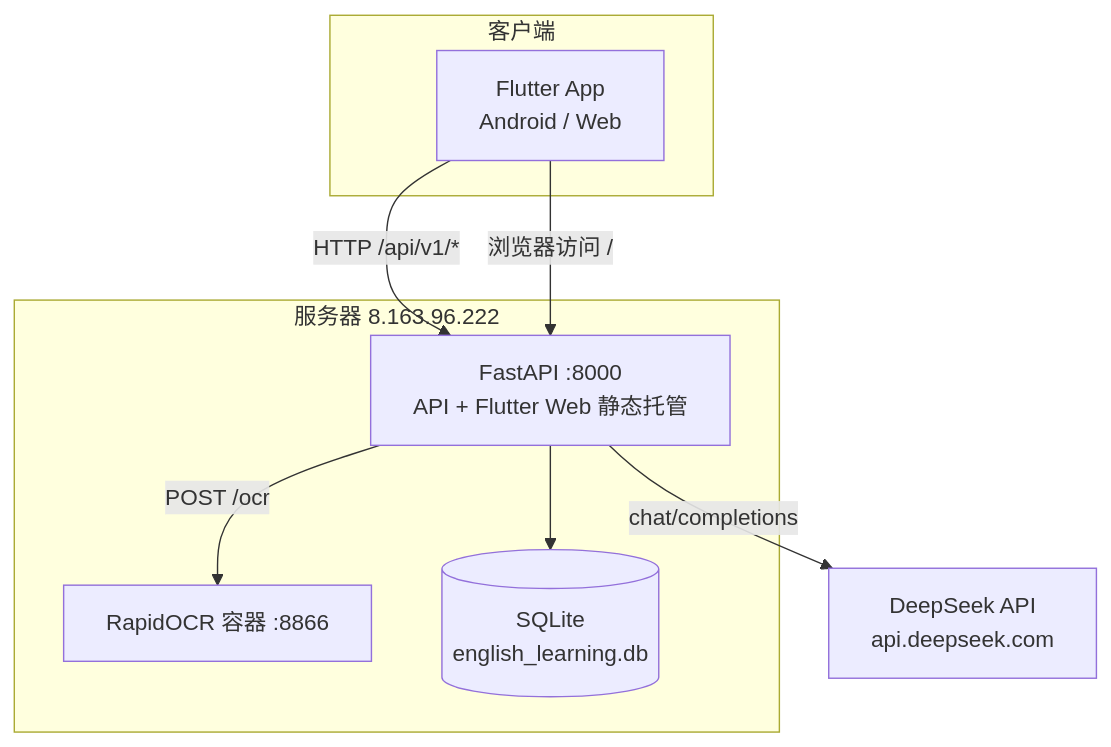
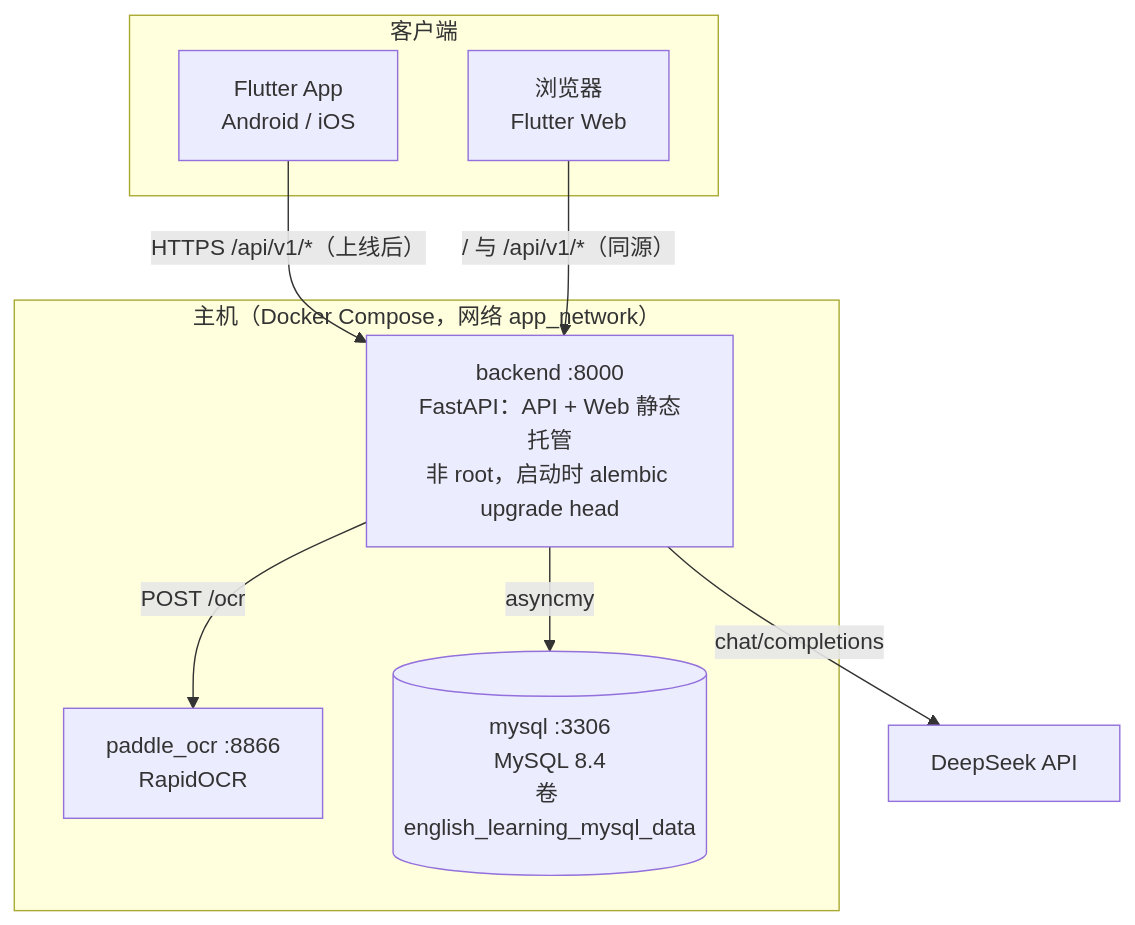
The first of 5 diagrams in docs/系统架构说明.md (w2674399860-ux/english_learning), drawn with Mermaid before and after one commit. The commit also changed other lines of this file and 9 other files, not shown here.

````diff
--- a/docs/系统架构说明.md
+++ b/docs/系统架构说明.md
@@ -47,20 +48,21 @@
 ```mermaid
 graph TB
     subgraph Client["客户端"]
-        A["Flutter App<br/>Android / Web"]
+        A["Flutter App<br/>Android / iOS"]
+        W["浏览器<br/>Flutter Web"]
     end
 
-    subgraph Server["服务器 8.163.96.222"]
-        B["FastAPI :8000<br/>API + Flutter Web 静态托管"]
-        C["RapidOCR 容器 :8866"]
-        D[("SQLite<br/>english_learning.db")]
+    subgraph Host["主机（Docker Compose，网络 app_network）"]
+        B["backend :8000<br/>FastAPI：API + Web 静态托管<br/>非 root，启动时 alembic upgrade head"]
+        C["paddle_ocr :8866<br/>RapidOCR"]
+        D[("mysql :3306<br/>MySQL 8.4<br/>卷 english_learning_mysql_data")]
     end
 
-    E["DeepSeek API<br/>api.deepseek.com"]
+    E["DeepSeek API"]
 
-    A -- "HTTP /api/v1/*" --> B
-    A -- "浏览器访问 /" --> B
+    A -- "HTTPS /api/v1/*（上线后）" --> B
+    W -- "/ 与 /api/v1/*（同源）" --> B
     B -- "POST /ocr" --> C
     B -- "chat/completions" --> E
-    B --> D
+    B -- "asyncmy" --> D
 ```
````
